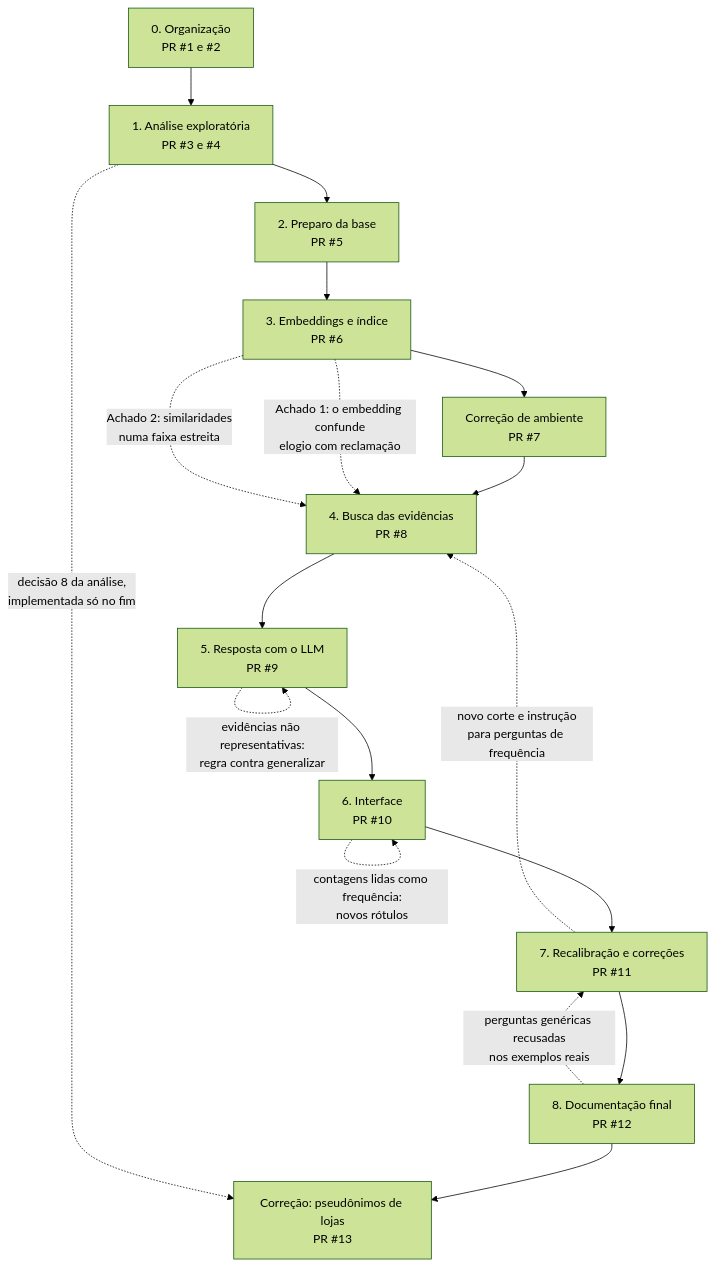
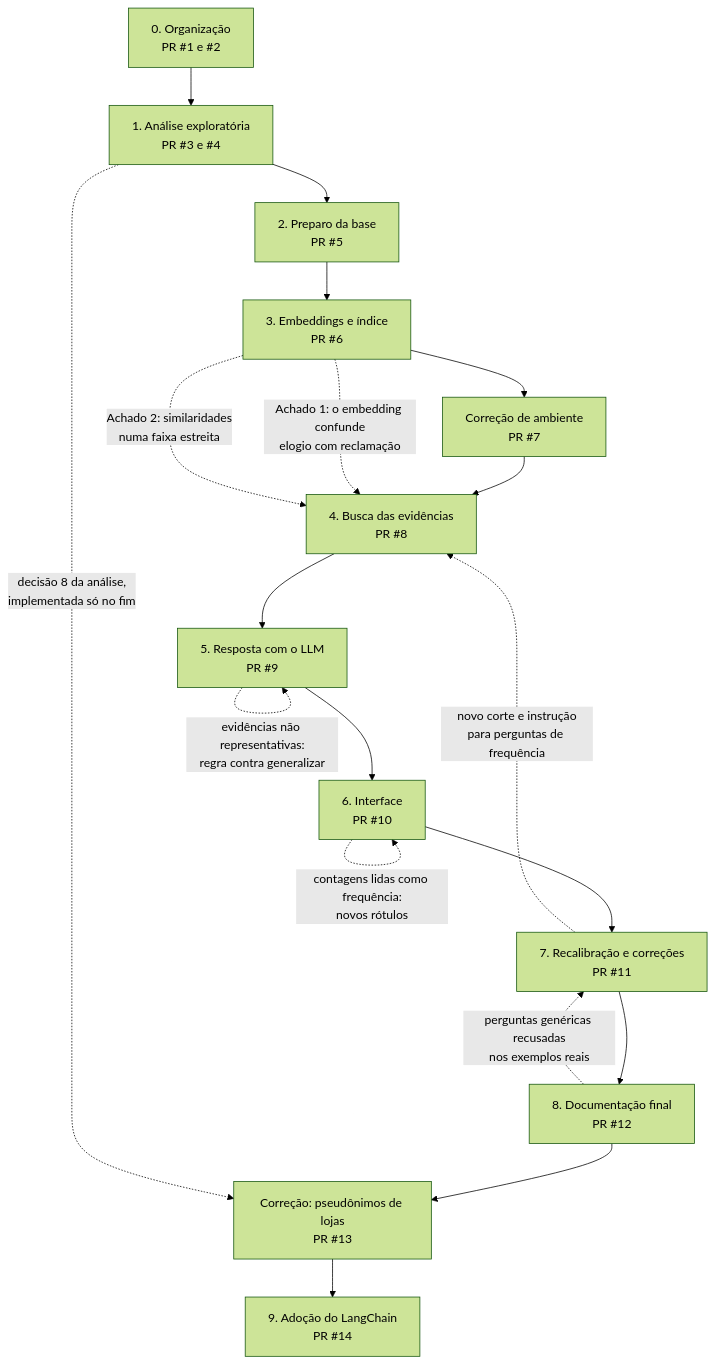
Before and after one commit to Dinaldorc/tech-challenge-fase4: the diagram in docs/processo.md, drawn with Mermaid (forest theme). The commit also changed other lines of this file and 16 other files, not shown here.

First line of the commit message:
Reescreve embeddings, indice e busca com componentes do LangChain

````diff
--- a/docs/processo.md
+++ b/docs/processo.md
@@ -16,21 +16,22 @@
 ```mermaid
 flowchart TD
     E0["0. Organização<br/>PR #1 e #2"] --> E1["1. Análise exploratória<br/>PR #3 e #4"]
     E1 --> E2["2. Preparo da base<br/>PR #5"]
     E2 --> E3["3. Embeddings e índice<br/>PR #6"]
     E3 --> E3b["Correção de ambiente<br/>PR #7"]
     E3b --> E4["4. Busca das evidências<br/>PR #8"]
     E4 --> E5["5. Resposta com o LLM<br/>PR #9"]
     E5 --> E6["6. Interface<br/>PR #10"]
     E6 --> E7["7. Recalibração e correções<br/>PR #11"]
     E7 --> E8["8. Documentação final<br/>PR #12"]
     E8 --> E9["Correção: pseudônimos de lojas<br/>PR #13"]
+    E9 --> E10["9. Adoção do LangChain<br/>PR #14"]
 
     E3 -.->|"Achado 1: o embedding confunde<br/>elogio com reclamação"| E4
     E3 -.->|"Achado 2: similaridades<br/>numa faixa estreita"| E4
     E5 -.->|"evidências não representativas:<br/>regra contra generalizar"| E5
     E6 -.->|"contagens lidas como frequência:<br/>novos rótulos"| E6
     E8 -.->|"perguntas genéricas recusadas<br/>nos exemplos reais"| E7
     E7 -.->|"novo corte e instrução<br/>para perguntas de frequência"| E4
     E1 -.->|"decisão 8 da análise,<br/>implementada só no fim"| E9
 ```
````
